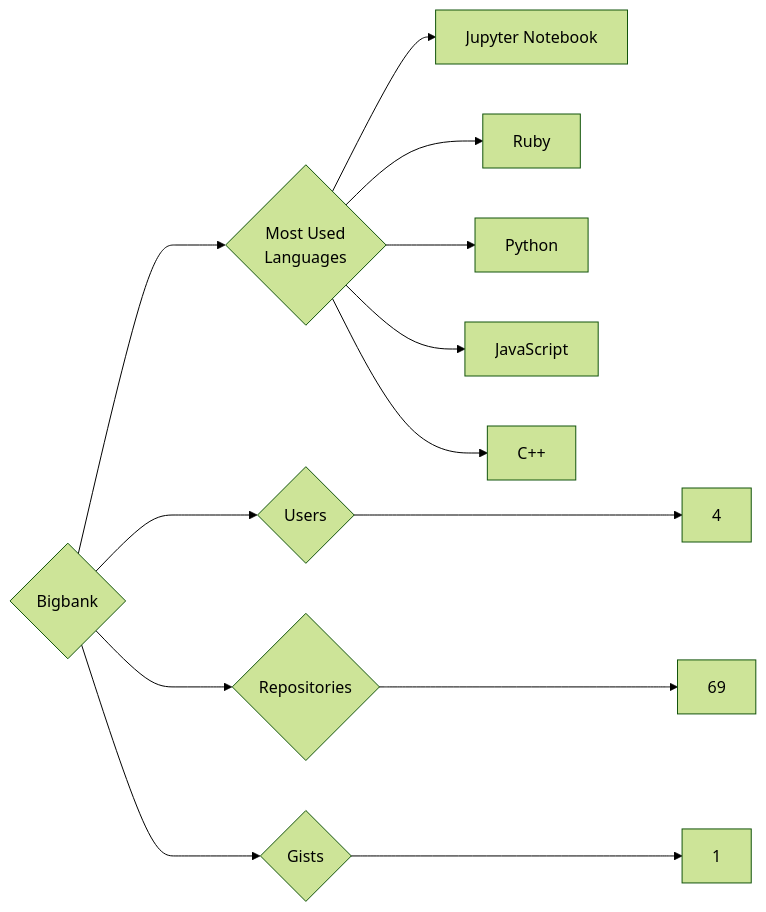
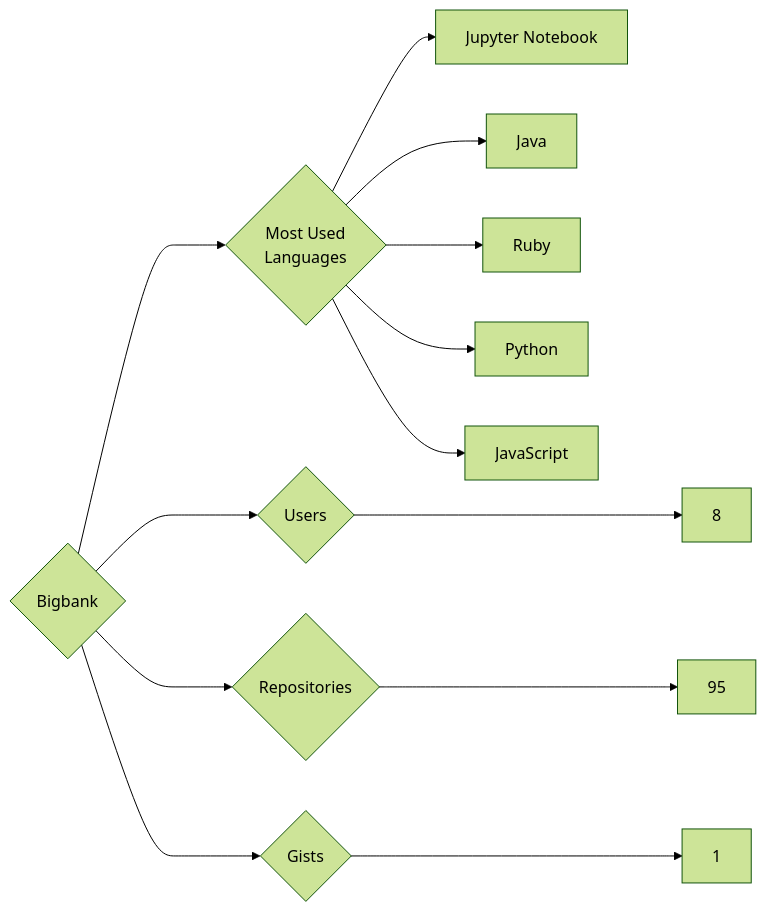
One commit to trickest/insiders changed the diagram in targets/Bigbank/README.md. Above: the diagram before and after it, drawn with Mermaid (forest theme). The commit also changed 720 other files, not shown here.

````diff
--- a/targets/Bigbank/README.md
+++ b/targets/Bigbank/README.md
@@ -3,13 +3,13 @@
 ```mermaid
 graph LR
 COMPANY_NAME{Bigbank}
-COMPANY_NAME ---> U{Users} ---> UN[4]
-COMPANY_NAME ---> R{Repositories} ---> RN[69]
+COMPANY_NAME ---> U{Users} ---> UN[8]
+COMPANY_NAME ---> R{Repositories} ---> RN[95]
 COMPANY_NAME ---> G{Gists} ---> GN[1]
 COMPANY_NAME ---> ML{Most Used<br>Languages}
 ML --> Jupyter_Notebook[Jupyter Notebook]
+ML --> Java[Java]
 ML --> Ruby[Ruby]
 ML --> Python[Python]
 ML --> JavaScript[JavaScript]
-ML --> C++[C++]
 ```
````
